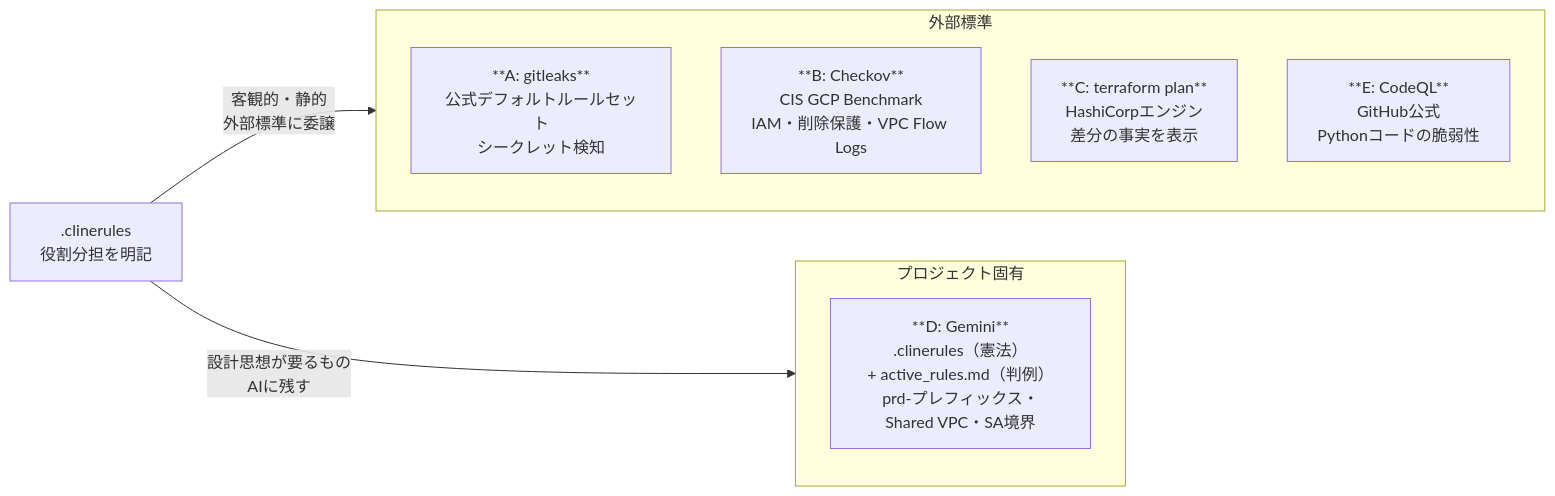
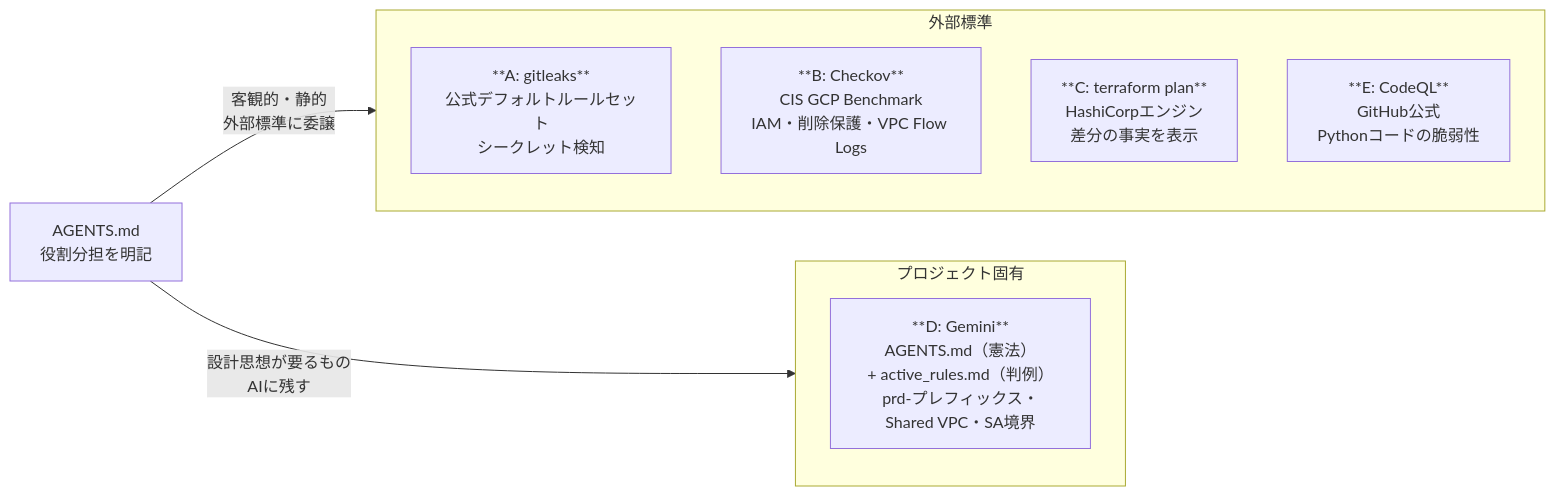
One commit to shinkawamisaki/gcp-base changed the second of 7 diagrams in docs/QUALITY_FEEDBACK_LOOP.md. Above: the diagram before and after it, drawn with Mermaid. The commit also changed other lines of this file and 15 other files, not shown here.

First line of the commit message:
[gcp-base] 憲法 .clinerules を AGENTS.md へ改名 (#42)

````diff
--- a/docs/QUALITY_FEEDBACK_LOOP.md
+++ b/docs/QUALITY_FEEDBACK_LOOP.md
@@ -28,18 +28,18 @@
 ```mermaid
 flowchart LR
-    CR[".clinerules<br>役割分担を明記"]
+    CR["AGENTS.md<br>役割分担を明記"]
 
     CR -->|客観的・静的<br>外部標準に委譲| EXT
     CR -->|設計思想が要るもの<br>AIに残す| AI
 
     subgraph EXT["外部標準"]
         A["**A: gitleaks**<br>公式デフォルトルールセット<br>シークレット検知"]
         B["**B: Checkov**<br>CIS GCP Benchmark<br>IAM・削除保護・VPC Flow Logs"]
         C["**C: terraform plan**<br>HashiCorpエンジン<br>差分の事実を表示"]
         E["**E: CodeQL**<br>GitHub公式<br>Pythonコードの脆弱性"]
     end
 
     subgraph AI["プロジェクト固有"]
-        D["**D: Gemini**<br>.clinerules（憲法）<br>+ active_rules.md（判例）<br>prd-プレフィックス・Shared VPC・SA境界"]
+        D["**D: Gemini**<br>AGENTS.md（憲法）<br>+ active_rules.md（判例）<br>prd-プレフィックス・Shared VPC・SA境界"]
     end
 ```
````
